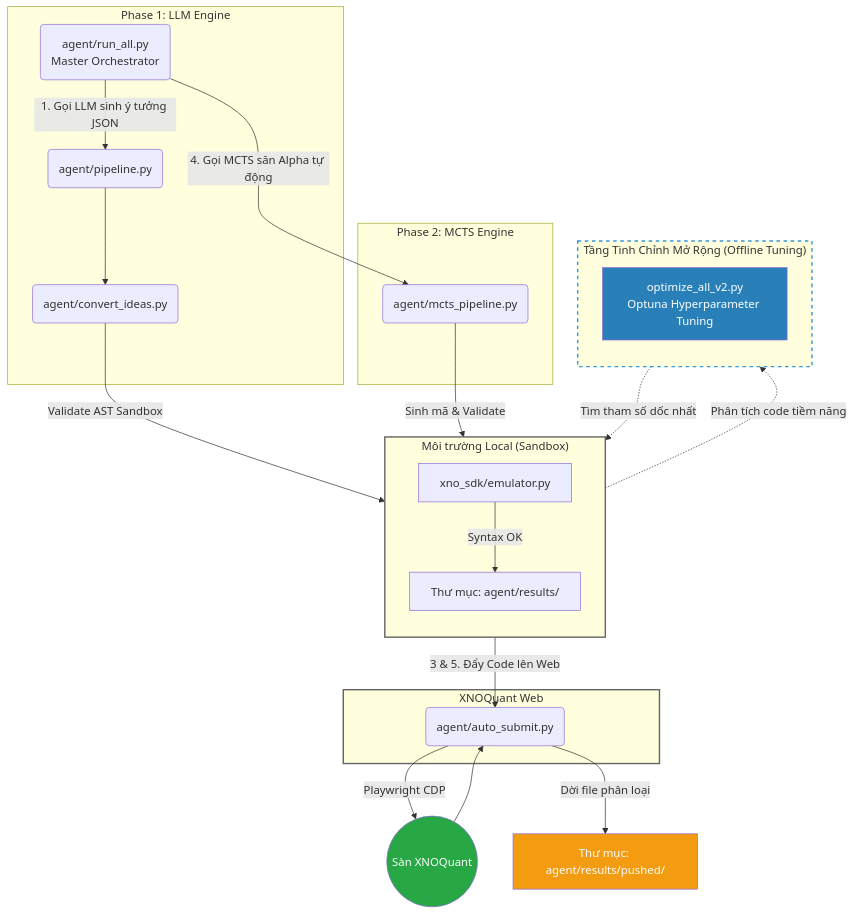
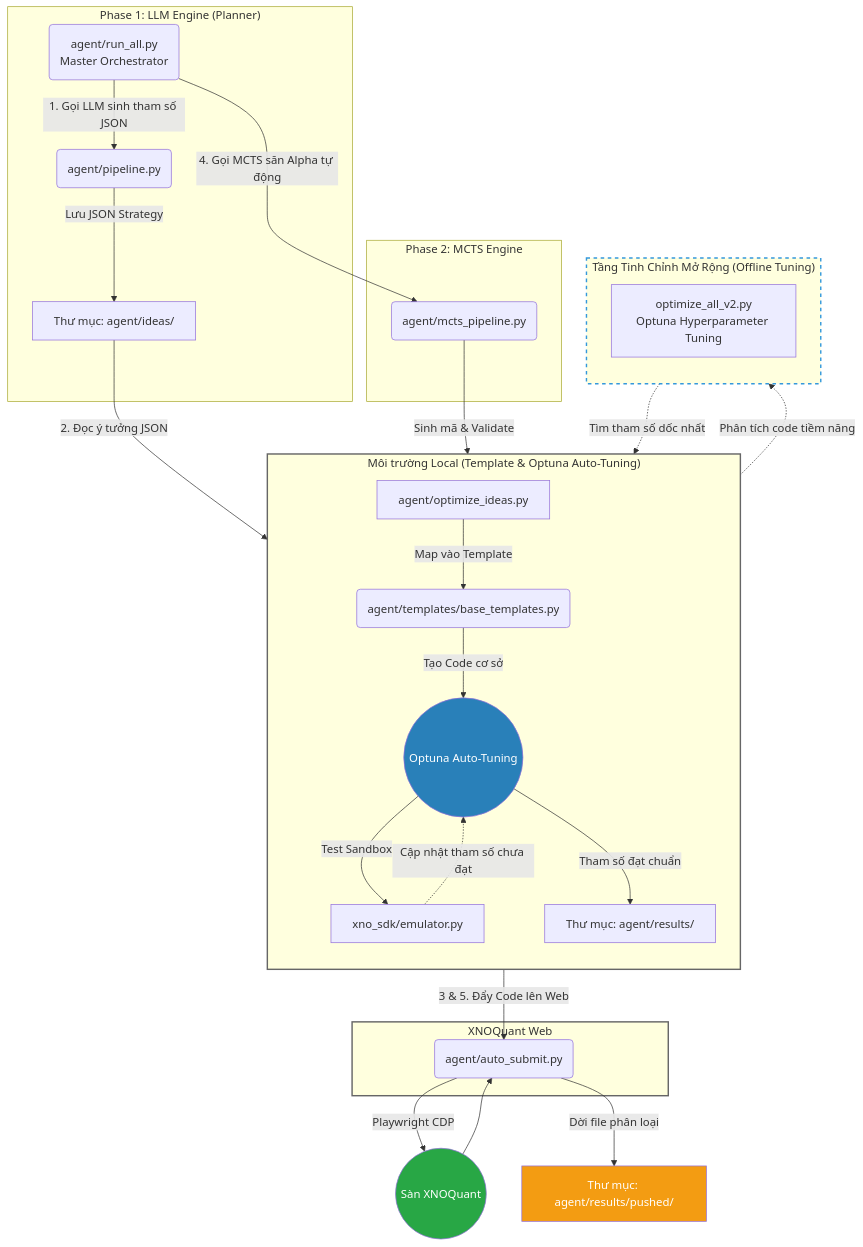
One commit to NguyenTrungAnh-ultra/alpha_farm changed the diagram in README.md. Above: the diagram before and after it, drawn with Mermaid. The commit also changed other lines of this file and 13 other files, not shown here.

Commit message:
feat: introduce master orchestration pipeline, MCTS engine, and strategy optimization tools

````diff
--- a/README.md
+++ b/README.md
@@ -9,43 +9,47 @@
 ```mermaid
 graph TD
     run_all(agent/run_all.py<br>Master Orchestrator)
     
-    subgraph LLM_Engine ["Phase 1: LLM Engine"]
-        run_all -->|1. Gọi LLM sinh ý tưởng JSON| pipeline(agent/pipeline.py)
-        pipeline --> convert(agent/convert_ideas.py)
+    subgraph LLM_Engine ["Phase 1: LLM Engine (Planner)"]
+        run_all -->|1. Gọi LLM sinh tham số JSON| pipeline(agent/pipeline.py)
+        pipeline -->|Lưu JSON Strategy| idea_dir[Thư mục: agent/ideas/]
     end
     
     subgraph MCTS_Engine ["Phase 2: MCTS Engine"]
         run_all -->|4. Gọi MCTS săn Alpha tự động| mcts(agent/mcts_pipeline.py)
     end
     
-    subgraph Local_Environment ["Môi trường Local (Sandbox)"]
+    subgraph Local_Environment ["Môi trường Local (Template & Optuna Auto-Tuning)"]
         direction TB
-        convert -->|Validate AST Sandbox| xno_emu[xno_sdk/emulator.py]
-        xno_emu -->|Syntax OK| agent_res[Thư mục: agent/results/]
+        idea_dir -->|2. Đọc ý tưởng JSON| optimize_loop[agent/optimize_ideas.py]
+        optimize_loop -->|Map vào Template| template_engine(agent/templates/base_templates.py)
+        template_engine -->|Tạo Code cơ sở| optuna_tune((Optuna Auto-Tuning))
+        optuna_tune -->|Test Sandbox| xno_emu[xno_sdk/emulator.py]
+        xno_emu -.->|Cập nhật tham số chưa đạt| optuna_tune
+        optuna_tune -->|Tham số đạt chuẩn| agent_res[Thư mục: agent/results/]
         mcts -->|Sinh mã & Validate| agent_res
     end
 
     subgraph Offline_Tuning ["Tầng Tinh Chỉnh Mở Rộng (Offline Tuning)"]
         direction TB
         agent_res -.->|Phân tích code tiềm năng| optuna_tool[optimize_all_v2.py<br>Optuna Hyperparameter Tuning]
         optuna_tool -.->|Tìm tham số dốc nhất| agent_res
     end
 
     subgraph Web_Environment ["XNOQuant Web"]
         auto_sub(agent/auto_submit.py)
     end
 
     agent_res -->|3 & 5. Đẩy Code lên Web| auto_sub
     auto_sub -->|Playwright CDP| xno_web((Sàn XNOQuant))
     
     xno_web --> auto_sub
     auto_sub -->|Dời file phân loại| pushed[Thư mục: agent/results/pushed/]
 
     style Local_Environment stroke:#666,stroke-width:2px
     style Web_Environment stroke:#666,stroke-width:2px
     style Offline_Tuning stroke:#3498db,stroke-width:2px,stroke-dasharray: 5 5
     style xno_web fill:#28a745,color:#fff
     style pushed fill:#f39c12,color:#fff
-    style optuna_tool fill:#2980b9,color:#fff
+    style optuna_tune fill:#2980b9,color:#fff
 ```
````
